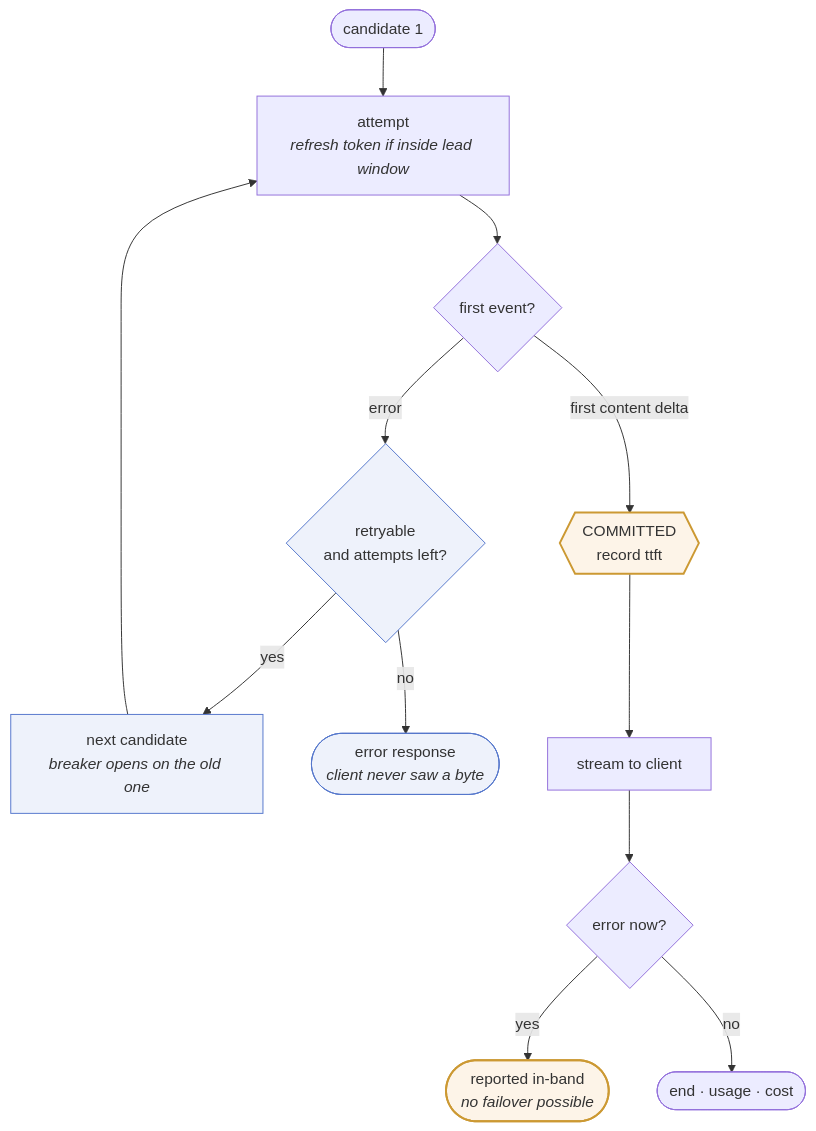
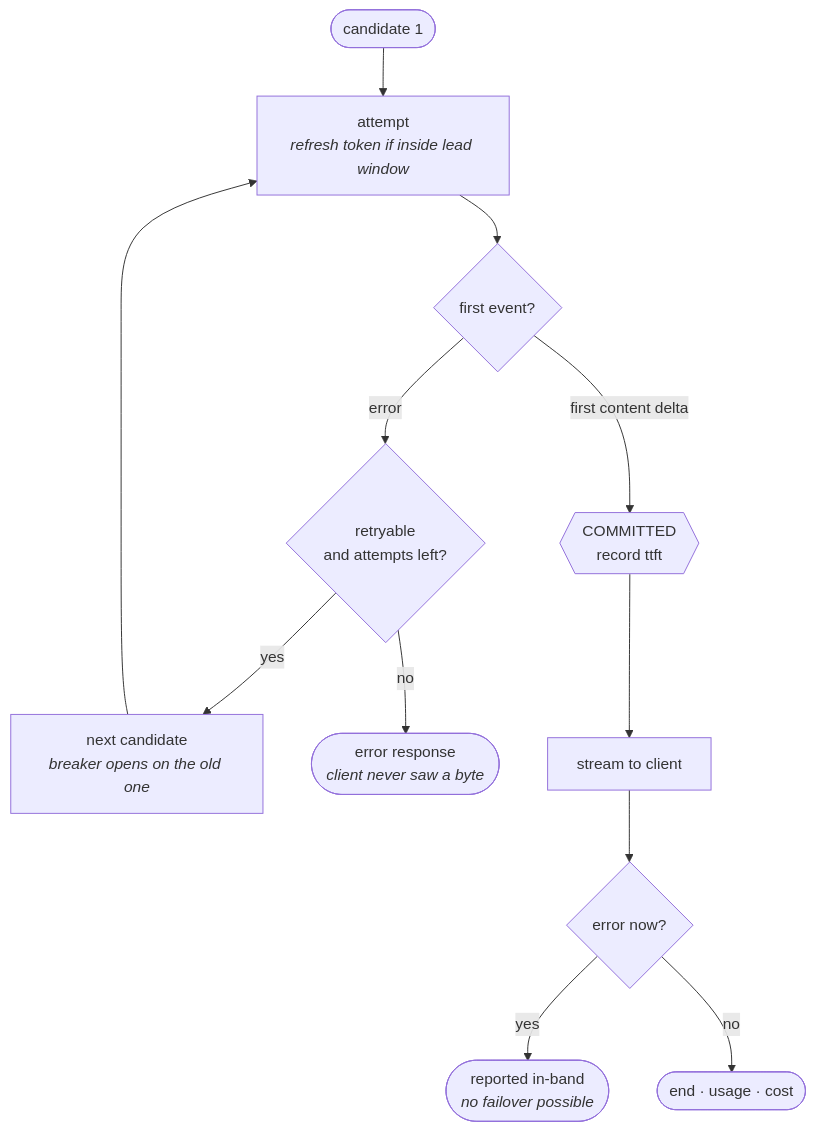
The third of 7 diagrams in ARCHITECTURE.md (harismawan/omnigateway), drawn with Mermaid before and after one commit. The commit also changed other lines of this file and 1 other file, not shown here.

First line of the commit message:
docs: use a single box colour in all diagrams

````diff
--- a/ARCHITECTURE.md
+++ b/ARCHITECTURE.md
@@ -122,20 +117,15 @@
 ```mermaid
 flowchart TD
   start([candidate 1]) --> att["attempt<br/><i>refresh token if inside lead window</i>"]
   att --> ev{first event?}
 
   ev -- error --> retryable{retryable<br/>and attempts left?}
   retryable -- yes --> next["next candidate<br/><i>breaker opens on the old one</i>"] --> att
   retryable -- no --> fail(["error response<br/><i>client never saw a byte</i>"])
 
   ev -- "first content delta" --> commit{{"COMMITTED<br/>record ttft"}}
   commit --> stream["stream to client"]
   stream --> late{error now?}
   late -- yes --> inband(["reported in-band<br/><i>no failover possible</i>"])
   late -- no --> done(["end · usage · cost"])
-
-  classDef pre fill:#eef2fb,stroke:#57c
-  classDef post fill:#fdf4e8,stroke:#c93,stroke-width:2px
-  class next,retryable,fail pre
-  class commit,inband post
 ```
````
